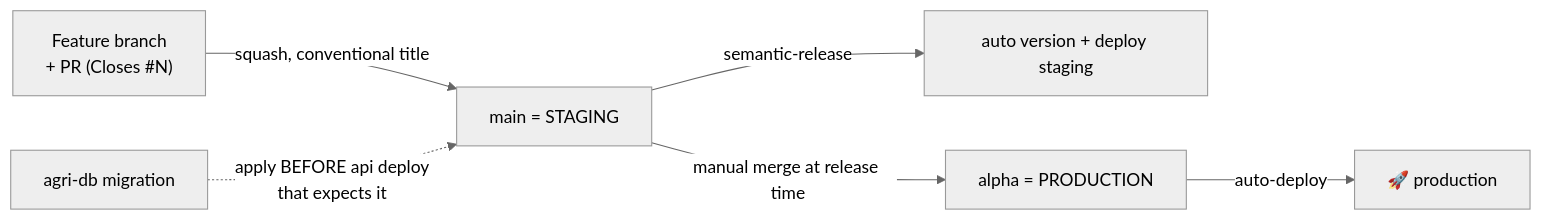
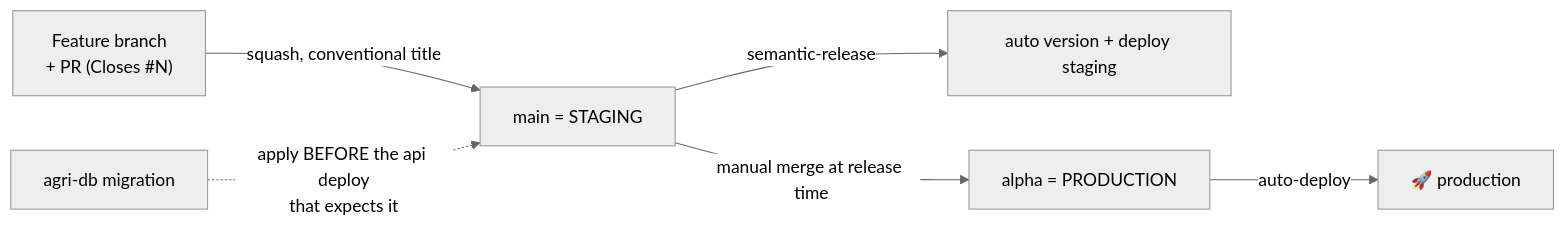
One commit to AgriLogy/.github changed the ninth of 10 diagrams in ARCHITECTURE.md. Above: the diagram before and after it, drawn with Mermaid (neutral theme). The commit also changed other lines of this file and 1 other file, not shown here.

First line of the commit message:
docs: refresh ARCHITECTURE.md and add CONTRIBUTING.md (#5)

````diff
--- a/ARCHITECTURE.md
+++ b/ARCHITECTURE.md
@@ -210,9 +358,9 @@
 ```mermaid
 flowchart LR
     pr["Feature branch<br/>+ PR (Closes #N)"] -->|squash, conventional title| main["main = STAGING"]
     main -->|semantic-release| ver["auto version + deploy staging"]
     main -->|manual merge at release time| alpha["alpha = PRODUCTION"]
     alpha -->|auto-deploy| prod["🚀 production"]
 
-    schema["agri-db migration"] -.->|apply BEFORE api deploy<br/>that expects it| main
+    schema["agri-db migration"] -.->|apply BEFORE the api deploy<br/>that expects it| main
 ```
````
